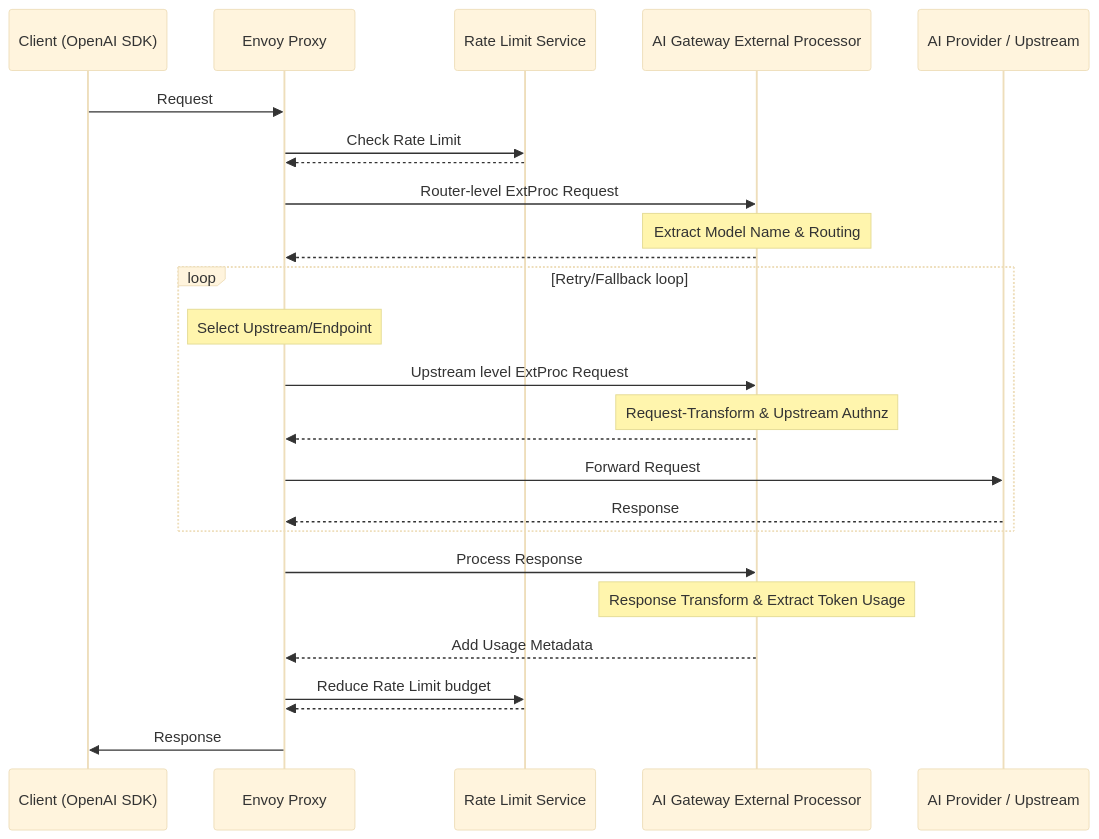
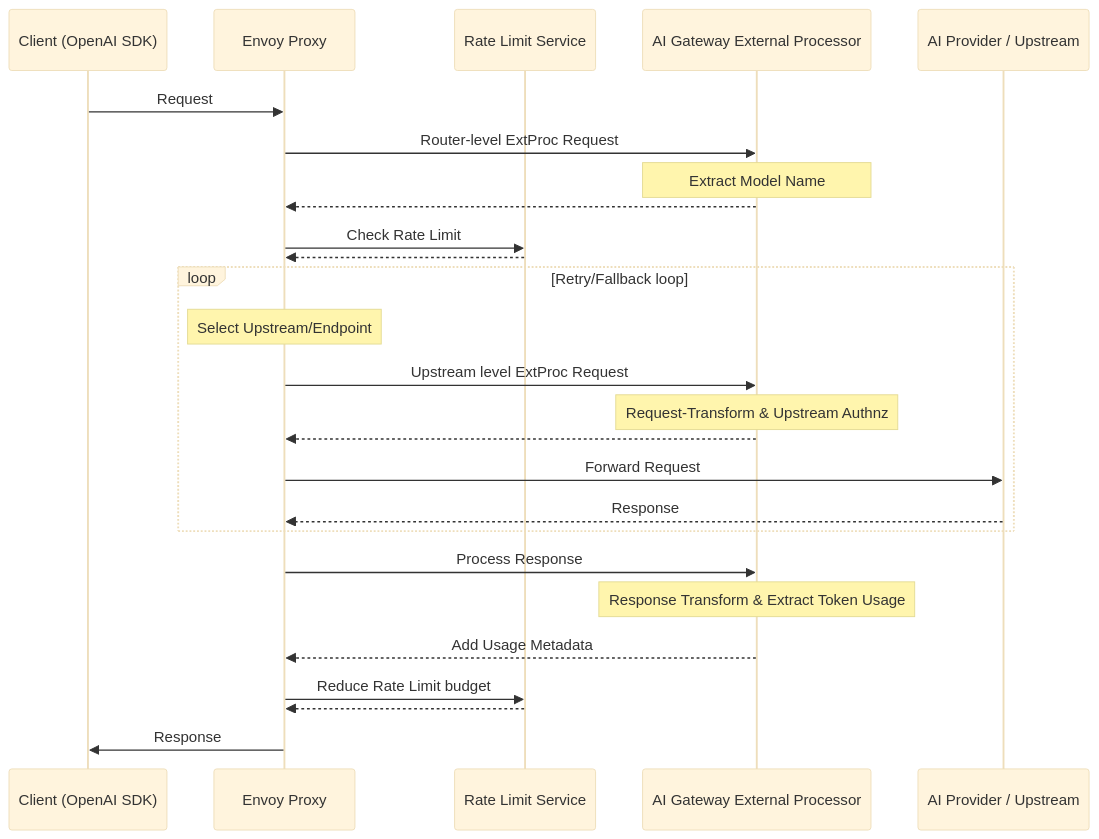
Before and after one commit to yduwcui/ai-gateway: the diagram in site/docs/concepts/architecture/data-plane.md, drawn with Mermaid (base theme).

Commit message:
docs: updates data-plane.md to be more accurate  (#889)

````diff
--- a/site/docs/concepts/architecture/data-plane.md
+++ b/site/docs/concepts/architecture/data-plane.md
@@ -48,29 +48,29 @@
 ```mermaid
 sequenceDiagram
     participant Client as Client (OpenAI SDK)
     participant Envoy as Envoy Proxy
     participant RLS as Rate Limit Service
     participant Processor as AI Gateway External Processor
     participant Provider as AI Provider / Upstream
 
     Client->>Envoy: Request
+    Envoy->>Processor: Router-level ExtProc Request
+    Note over Processor: Extract Model Name
+    Processor-->>Envoy: ;
     Envoy->>RLS: Check Rate Limit
     RLS-->>Envoy: ;
-    Envoy->>Processor: Router-level ExtProc Request
-    Note over Processor: Extract Model Name & Routing
-    Processor-->>Envoy: ;
     loop Retry/Fallback loop
         Note over Envoy: Select Upstream/Endpoint
         Envoy->>Processor: Upstream level ExtProc Request
         Note over Processor: Request-Transform & Upstream Authnz
         Processor-->>Envoy: ;
         Envoy->>Provider: Forward Request
         Provider-->>Envoy: Response
     end
     Envoy->>Processor: Process Response
     Note over Processor: Response Transform & Extract Token Usage
     Processor-->>Envoy: Add Usage Metadata
     Envoy->>RLS: Reduce Rate Limit budget
     RLS-->>Envoy: ;
     Envoy->>Client: Response
 ```
````
